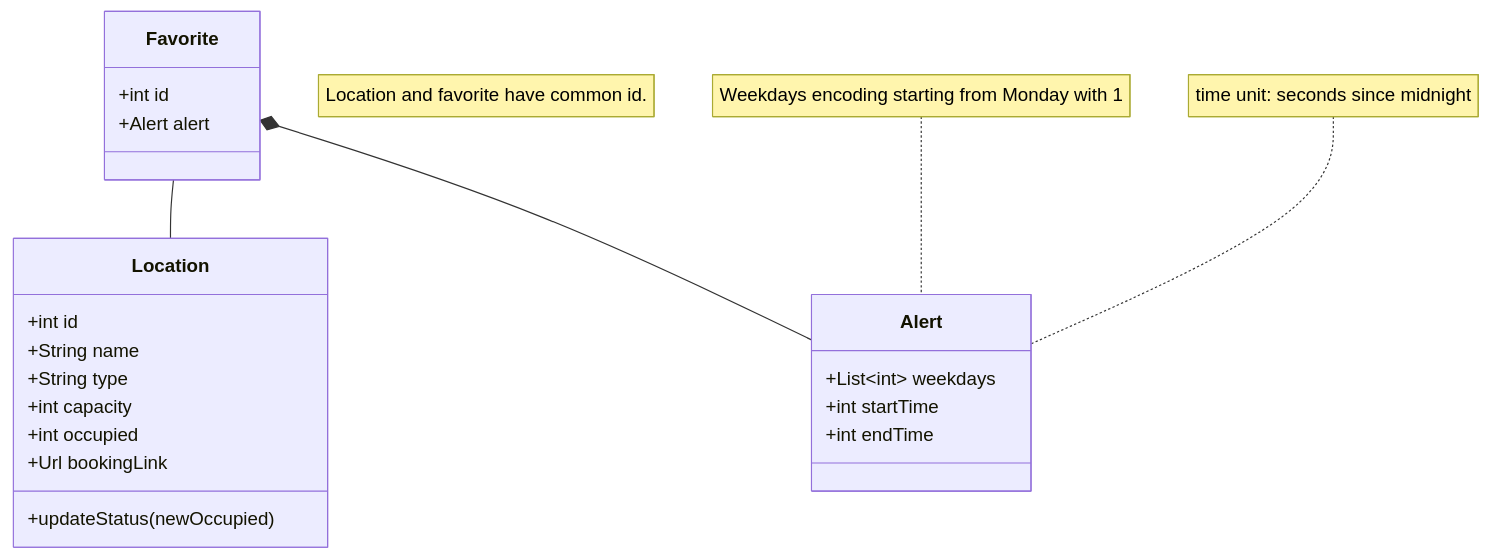
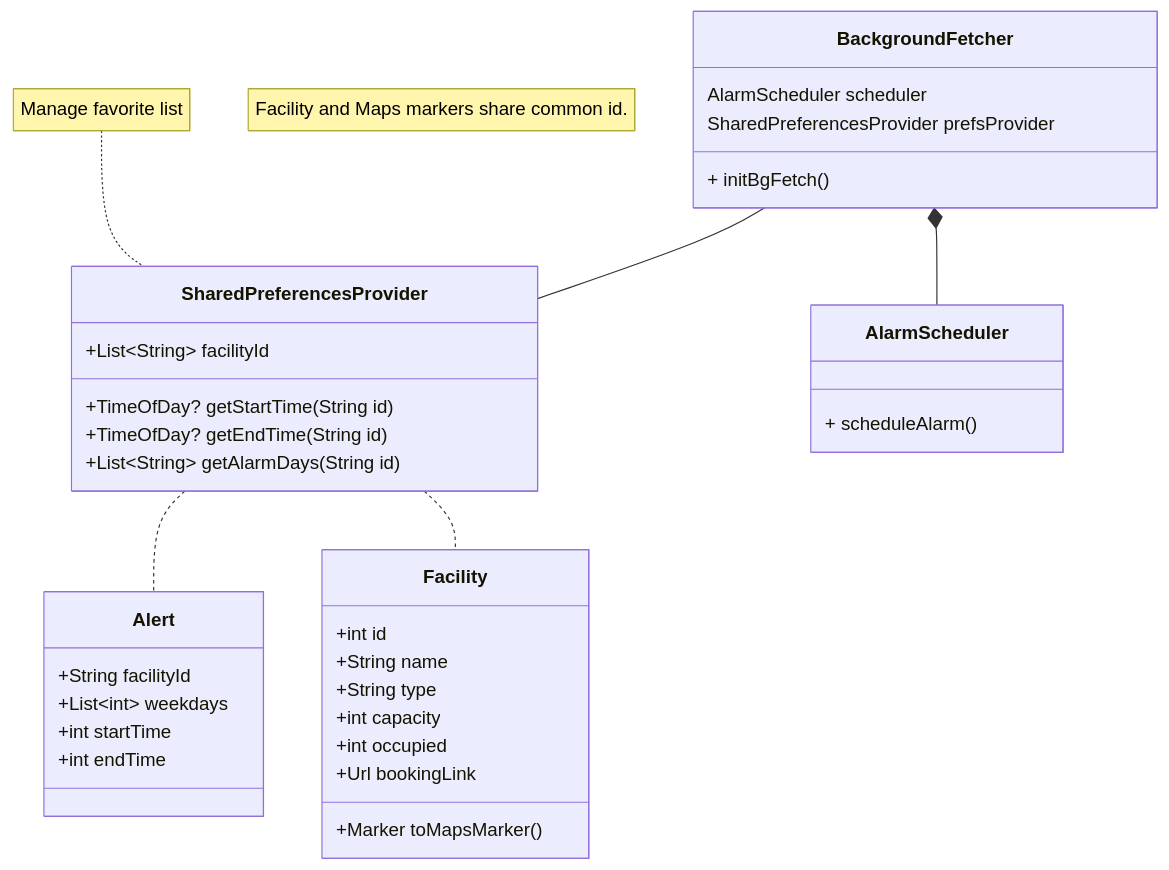
The diagram in class_design.md (LeeHengYu/comp3330-project), drawn with Mermaid before and after one commit.

Commit message:
Modify the system diagrams

````diff
--- a/class_design.md
+++ b/class_design.md
@@ -1,30 +1,45 @@
 ```mermaid
 classDiagram
-    note "Location and favorite have common id."
-    class Location {
+    note "Facility and Maps markers share common id."
+    class Facility {
         +int id
         +String name
         +String type
         +int capacity
         +int occupied
         +Url bookingLink
 
-        +updateStatus(newOccupied)
+        +Marker toMapsMarker()
     }
 
-    class Favorite {
-        +int id
-        +Alert alert
-    }
-
-    note for Alert "time unit: seconds since midnight"
-    note for Alert "Weekdays encoding starting from Monday with 1"
     class Alert {
+        +String facilityId
         +List~int~ weekdays
         +int startTime
         +int endTime
     }
 
-    Favorite -- Location
-    Favorite *-- Alert
+    note for SharedPreferencesProvider "Manage favorite list"
+    class SharedPreferencesProvider {
+        +List~String~ facilityId
+        +TimeOfDay? getStartTime(String id)
+        +TimeOfDay? getEndTime(String id)
+        +List~String~ getAlarmDays(String id)
+    }
+
+    class AlarmScheduler {
+        + scheduleAlarm()
+    }
+
+    class BackgroundFetcher {
+        AlarmScheduler scheduler
+        SharedPreferencesProvider prefsProvider
+
+        + initBgFetch()
+    }
+
+    SharedPreferencesProvider .. Alert
+    SharedPreferencesProvider .. Facility
+    BackgroundFetcher *-- AlarmScheduler
+    BackgroundFetcher -- SharedPreferencesProvider
 ```
````
